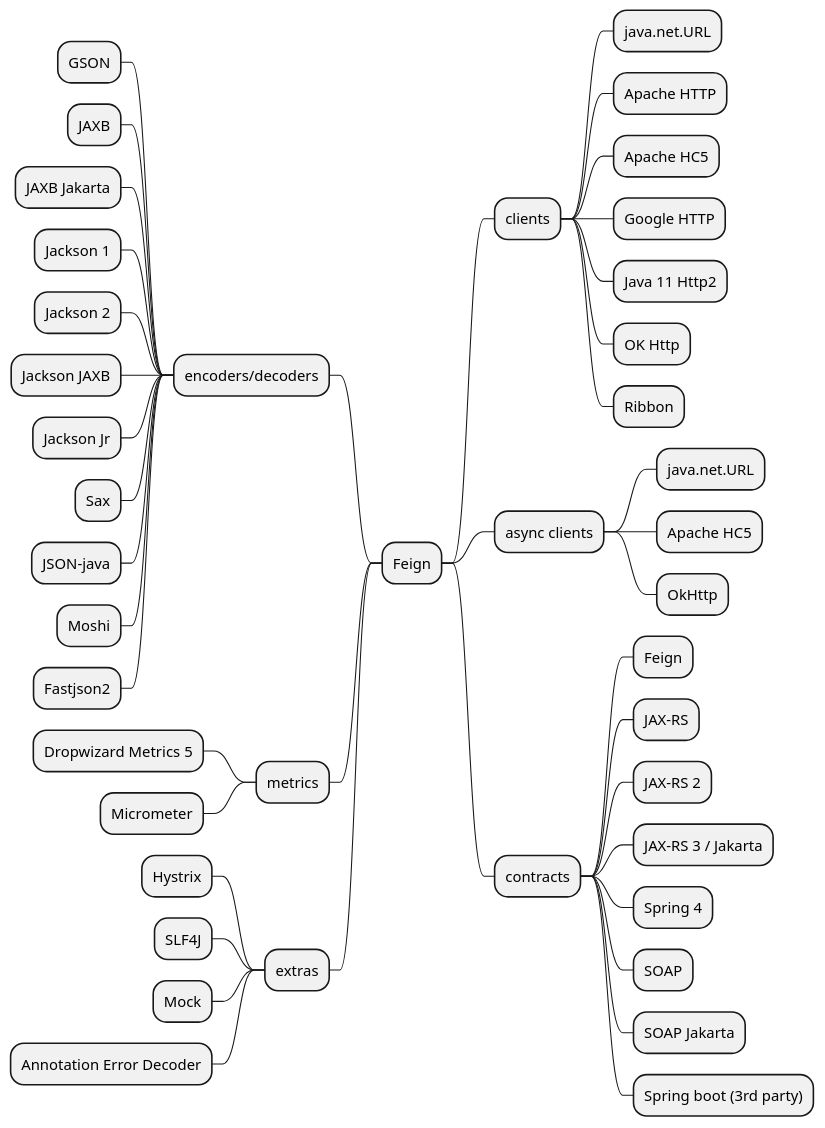
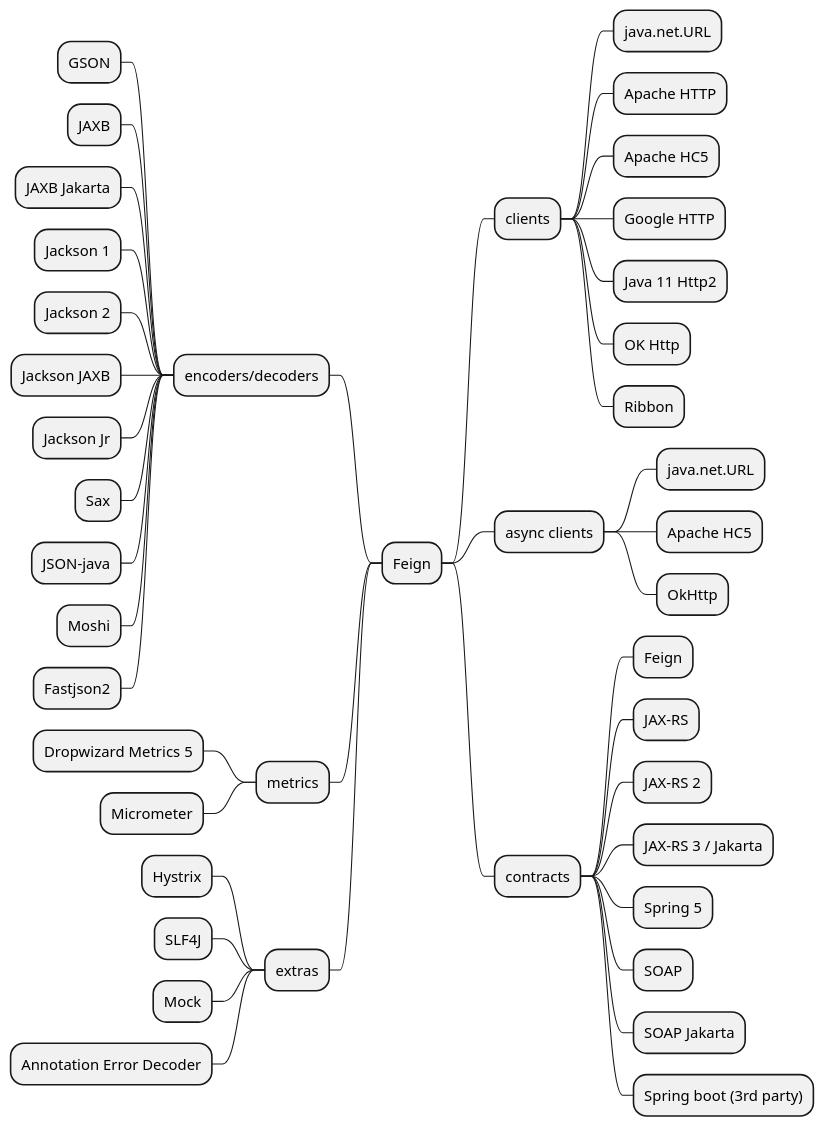
The diagram in src/docs/overview-mindmap.iuml (OpenFeign/feign), drawn with PlantUML before and after one commit. The commit also changed 1 other file, not shown here.

Commit message:
Add the description for changes of Spring(4) module

```diff
--- a/src/docs/overview-mindmap.iuml
+++ b/src/docs/overview-mindmap.iuml
@@ -1,47 +1,47 @@
 @startmindmap
 * Feign
 ** clients
 *** java.net.URL
 *** Apache HTTP
 *** Apache HC5
 *** Google HTTP
 *** Java 11 Http2
 *** OK Http
 *** Ribbon
 ** async clients
 *** java.net.URL
 *** Apache HC5
 *** OkHttp
 ** contracts
 *** Feign
 *** JAX-RS
 *** JAX-RS 2
 *** JAX-RS 3 / Jakarta
-*** Spring 4
+*** Spring 5
 *** SOAP
 *** SOAP Jakarta
 *** Spring boot (3rd party)
 
 left side
 
 ** encoders/decoders
 *** GSON
 *** JAXB
 *** JAXB Jakarta
 *** Jackson 1
 *** Jackson 2
 *** Jackson JAXB
 *** Jackson Jr
 *** Sax
 *** JSON-java
 *** Moshi
 *** Fastjson2
 ** metrics
 *** Dropwizard Metrics 5
 *** Micrometer
 ** extras
 *** Hystrix
 *** SLF4J
 *** Mock
 *** Annotation Error Decoder
 @endmindmap
```
